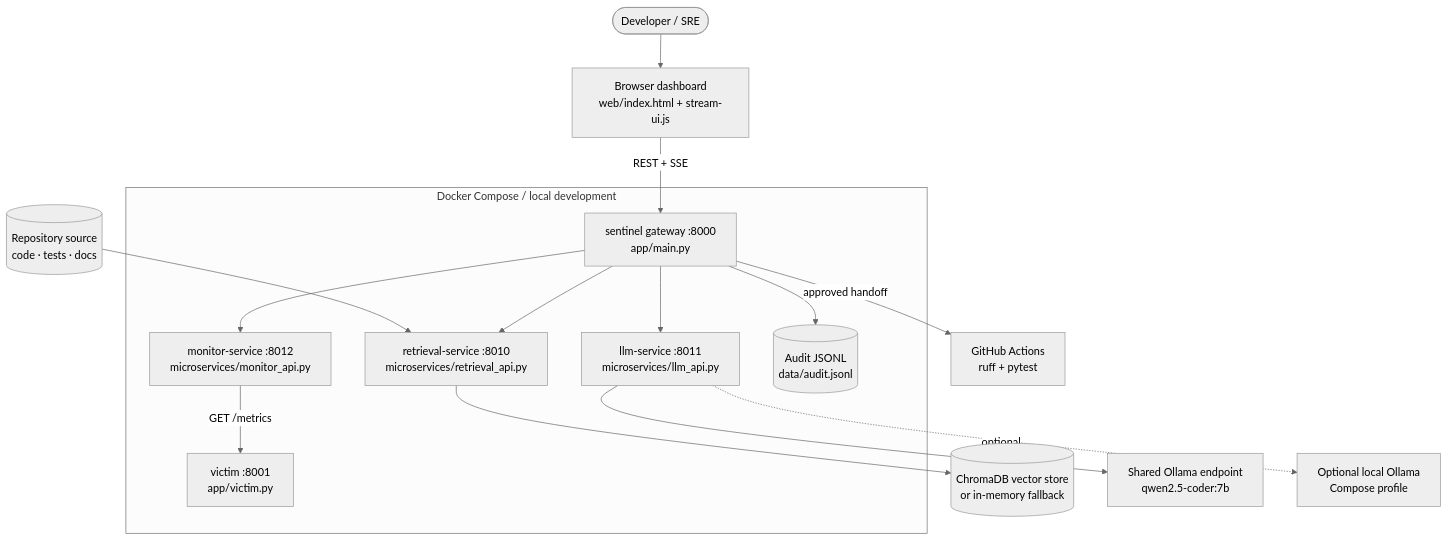
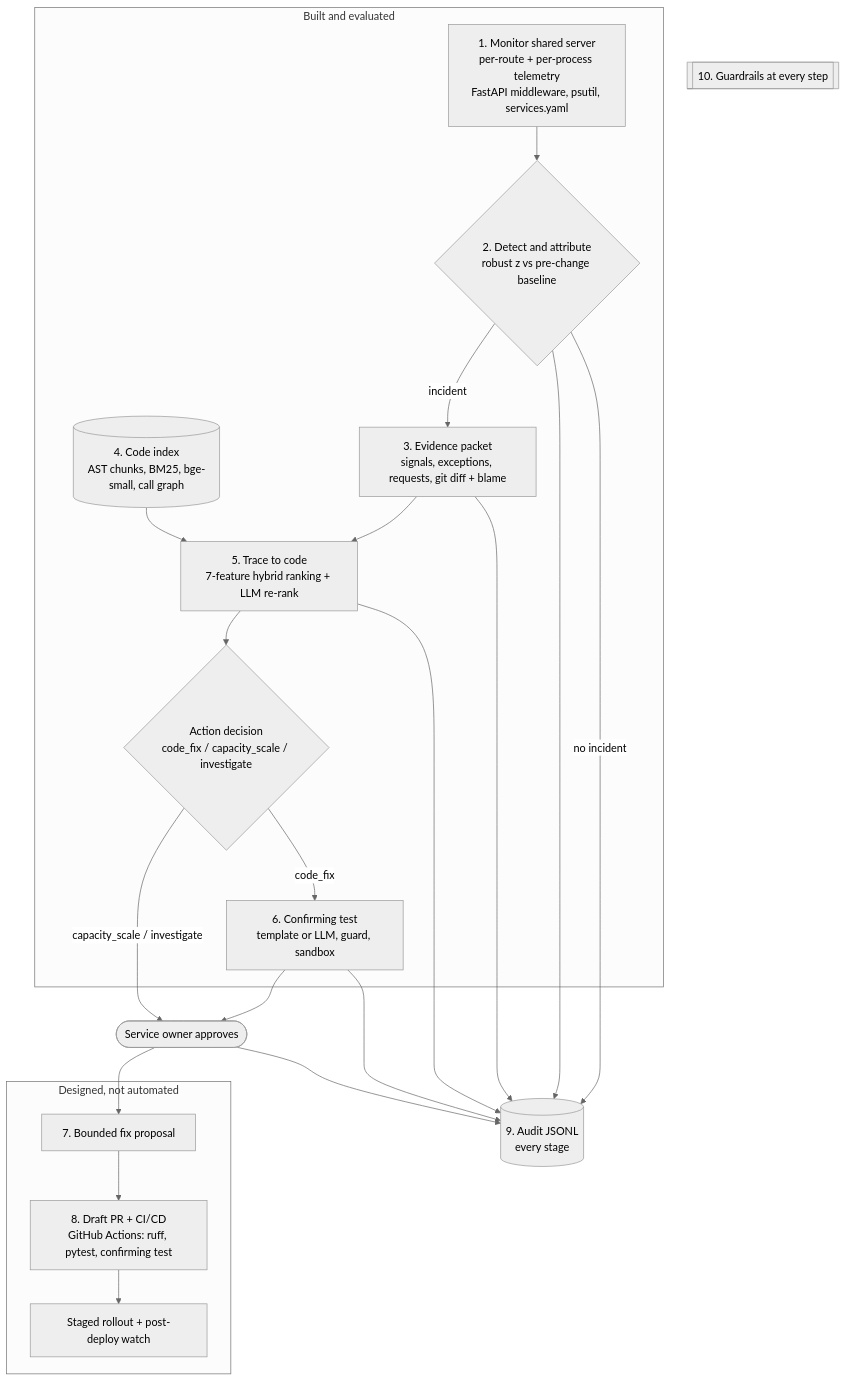
The diagram in docs/WORKFLOW.md (Akash786147/aiops-sentinel), drawn with Mermaid (neutral theme) before and after one commit. The commit also changed other lines of this file and 145 other files, not shown here.

First line of the commit message:
Rebuild AIOps Sentinel as a measured shared-server pipeline (steps 1-6)

````diff
--- a/docs/WORKFLOW.md
+++ b/docs/WORKFLOW.md
@@ -65,29 +8,27 @@
 ```mermaid
 flowchart TB
-    user([Developer / SRE])
-    ui["Browser dashboard<br/>web/index.html + stream-ui.js"]
+    subgraph built[Built and evaluated]
+      s1[1. Monitor shared server<br/>per-route + per-process telemetry<br/>FastAPI middleware, psutil, services.yaml]
+      s2{2. Detect and attribute<br/>robust z vs pre-change baseline}
+      s3[3. Evidence packet<br/>signals, exceptions, requests, git diff + blame]
+      s4[(4. Code index<br/>AST chunks, BM25, bge-small, call graph)]
+      s5[5. Trace to code<br/>7-feature hybrid ranking + LLM re-rank]
+      act{Action decision<br/>code_fix / capacity_scale / investigate}
+      s6[6. Confirming test<br/>template or LLM, guard, sandbox]
+    end
+    subgraph designed[Designed, not automated]
+      s7[7. Bounded fix proposal]
+      s8[8. Draft PR + CI/CD<br/>GitHub Actions: ruff, pytest, confirming test]
+      deploy[Staged rollout + post-deploy watch]
+    end
+    audit[(9. Audit JSONL<br/>every stage)]
+    guard[[10. Guardrails at every step]]
+    human([Service owner approves])
 
-    subgraph compose[Docker Compose / local development]
-      gateway["sentinel gateway :8000<br/>app/main.py"]
-      monitoring["monitor-service :8012<br/>microservices/monitor_api.py"]
-      retriever["retrieval-service :8010<br/>microservices/retrieval_api.py"]
-      modelproxy["llm-service :8011<br/>microservices/llm_api.py"]
-      victim["victim :8001<br/>app/victim.py"]
-      auditlog[("Audit JSONL<br/>data/audit.jsonl")]
-    end
-
-    source[("Repository source<br/>code · tests · docs")]
-    chroma[("ChromaDB vector store<br/>or in-memory fallback")]
-    remote["Shared Ollama endpoint<br/>qwen2.5-coder:7b"]
-    local["Optional local Ollama<br/>Compose profile"]
-    gha["GitHub Actions<br/>ruff + pytest"]
-
-    user --> ui -->|REST + SSE| gateway
-    gateway --> monitoring -->|GET /metrics| victim
-    gateway --> retriever
-    source --> retriever --> chroma
-    gateway --> modelproxy --> remote
-    modelproxy -. optional .-> local
-    gateway --> auditlog
-    gateway -->|approved handoff| gha
+    s1 --> s2 -- incident --> s3 --> s5
+    s2 -- no incident --> audit
+    s4 --> s5 --> act
+    act -- code_fix --> s6 --> human --> s7 --> s8 --> deploy
+    act -- capacity_scale / investigate --> human
+    s2 & s3 & s5 & s6 & human --> audit
 ```
````
